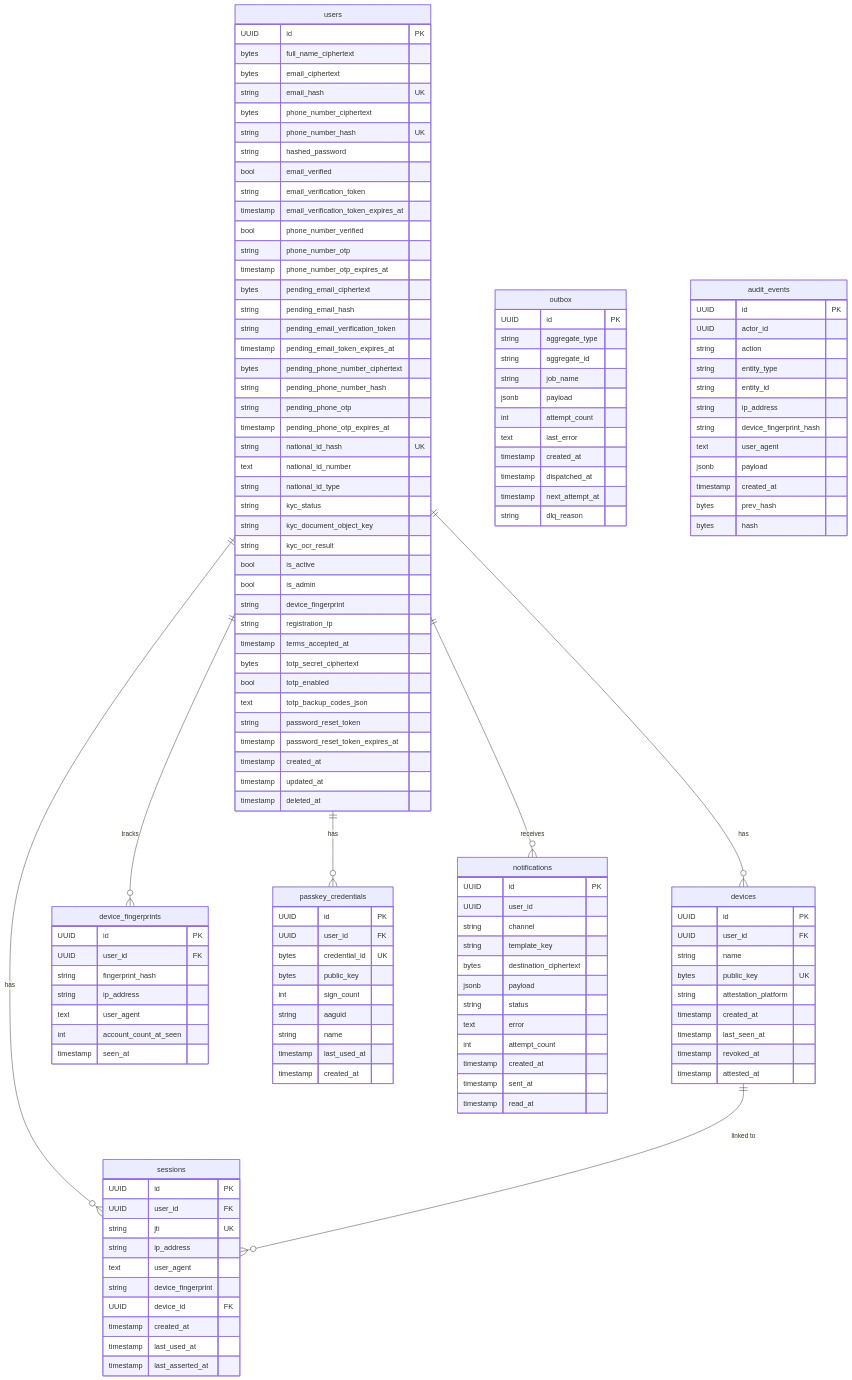
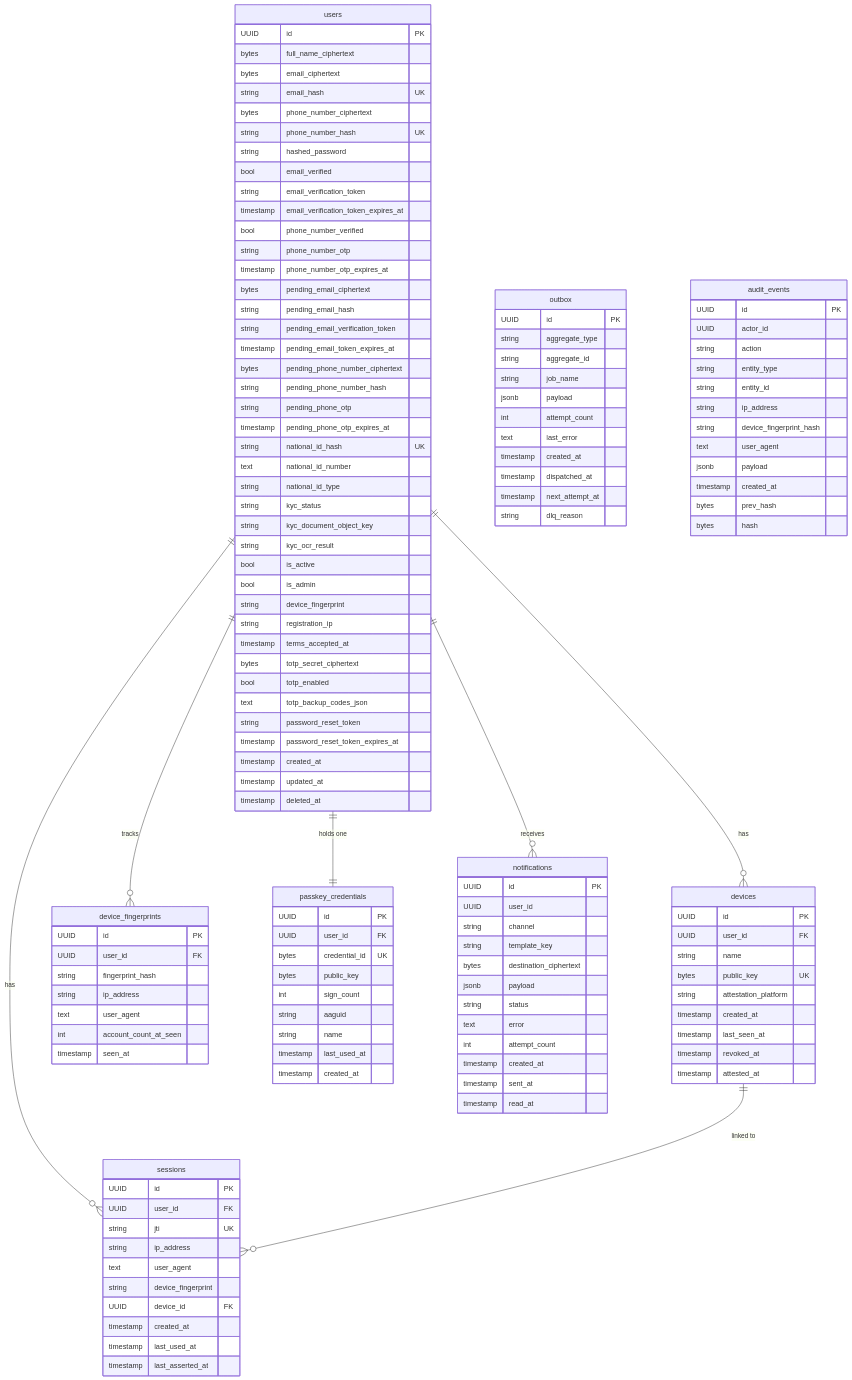
One commit to cristiangilsanz/qrew changed the diagram in docs/architecture/apps/api/services/identity/schema.md. Above: the diagram before and after it, drawn with Mermaid. The commit also changed 24 other files, not shown here.

````diff
--- a/docs/architecture/apps/api/services/identity/schema.md
+++ b/docs/architecture/apps/api/services/identity/schema.md
@@ -139,7 +139,7 @@
     users ||--o{ sessions : "has"
     users ||--o{ devices : "has"
     users ||--o{ device_fingerprints : "tracks"
-    users ||--o{ passkey_credentials : "has"
+    users ||--|| passkey_credentials : "holds one"
     users ||--o{ notifications : "receives"
     devices ||--o{ sessions : "linked to"
 ```
````
